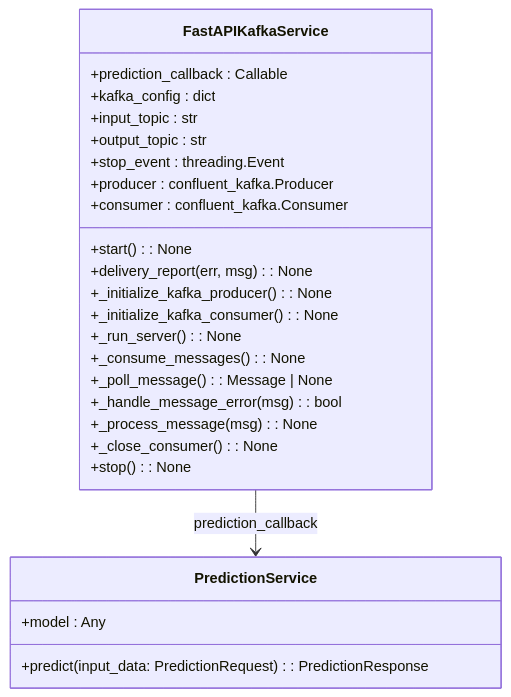
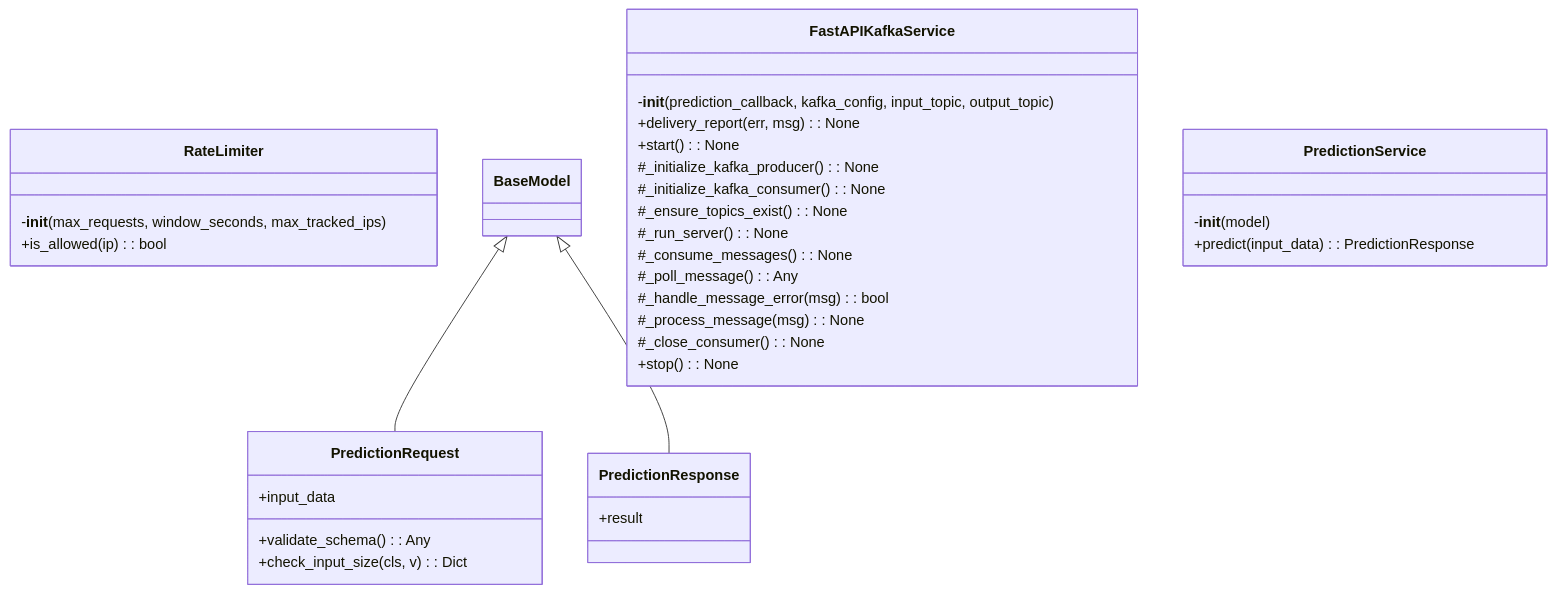
One commit to lgcorzo/mlops-python-package changed the first of 4 diagrams in wiki/kafka_app.md. Above: the diagram before and after it, drawn with Mermaid. The commit also changed other lines of this file and 31 other files, not shown here.

````diff
--- a/wiki/kafka_app.md
+++ b/wiki/kafka_app.md
@@ -16,30 +16,36 @@
 ```mermaid
 classDiagram
+    class RateLimiter {
+        -__init__(max_requests, window_seconds, max_tracked_ips)
+        +is_allowed(ip) : bool
+    }
+    class PredictionRequest {
+        +input_data
+        +validate_schema() : Any
+        +check_input_size(cls, v) : Dict
+    }
+    BaseModel <|-- PredictionRequest
+    class PredictionResponse {
+        +result
+    }
+    BaseModel <|-- PredictionResponse
     class FastAPIKafkaService {
-        +prediction_callback : Callable
-        +kafka_config : dict
-        +input_topic : str
-        +output_topic : str
-        +stop_event : threading.Event
-        +producer : confluent_kafka.Producer
-        +consumer : confluent_kafka.Consumer
+        -__init__(prediction_callback, kafka_config, input_topic, output_topic)
+        +delivery_report(err, msg) : None
         +start() : None
-        +delivery_report(err, msg) : None
-        +_initialize_kafka_producer() : None
-        +_initialize_kafka_consumer() : None
-        +_run_server() : None
-        +_consume_messages() : None
-        +_poll_message() : Message | None
-        +_handle_message_error(msg) : bool
-        +_process_message(msg) : None
-        +_close_consumer() : None
+        #_initialize_kafka_producer() : None
+        #_initialize_kafka_consumer() : None
+        #_ensure_topics_exist() : None
+        #_run_server() : None
+        #_consume_messages() : None
+        #_poll_message() : Any
+        #_handle_message_error(msg) : bool
+        #_process_message(msg) : None
+        #_close_consumer() : None
         +stop() : None
     }
-
     class PredictionService {
-        +model : Any
-        +predict(input_data: PredictionRequest) : PredictionResponse
+        -__init__(model)
+        +predict(input_data) : PredictionResponse
     }
-
-    FastAPIKafkaService --> PredictionService : prediction_callback
 ```
````
